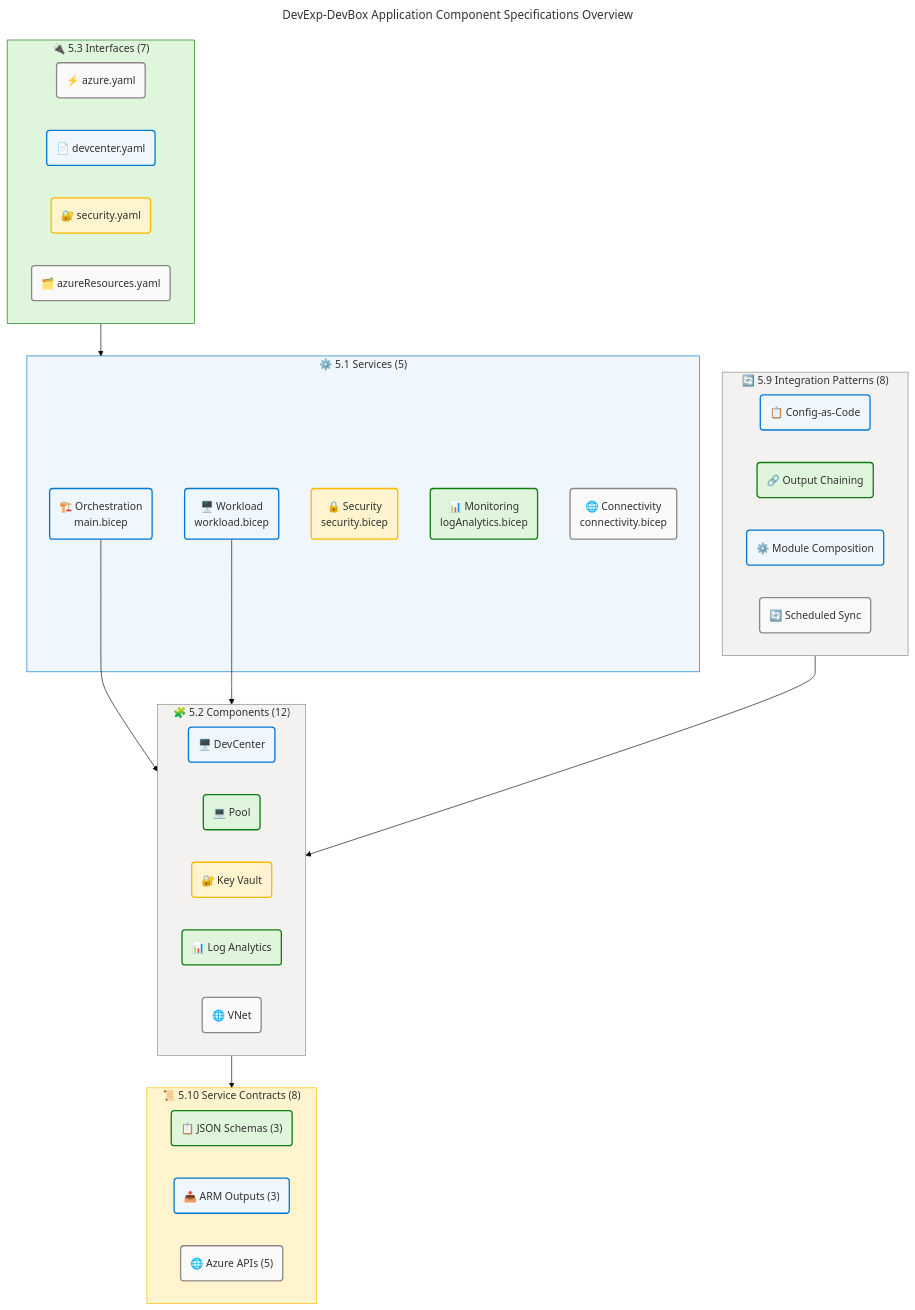
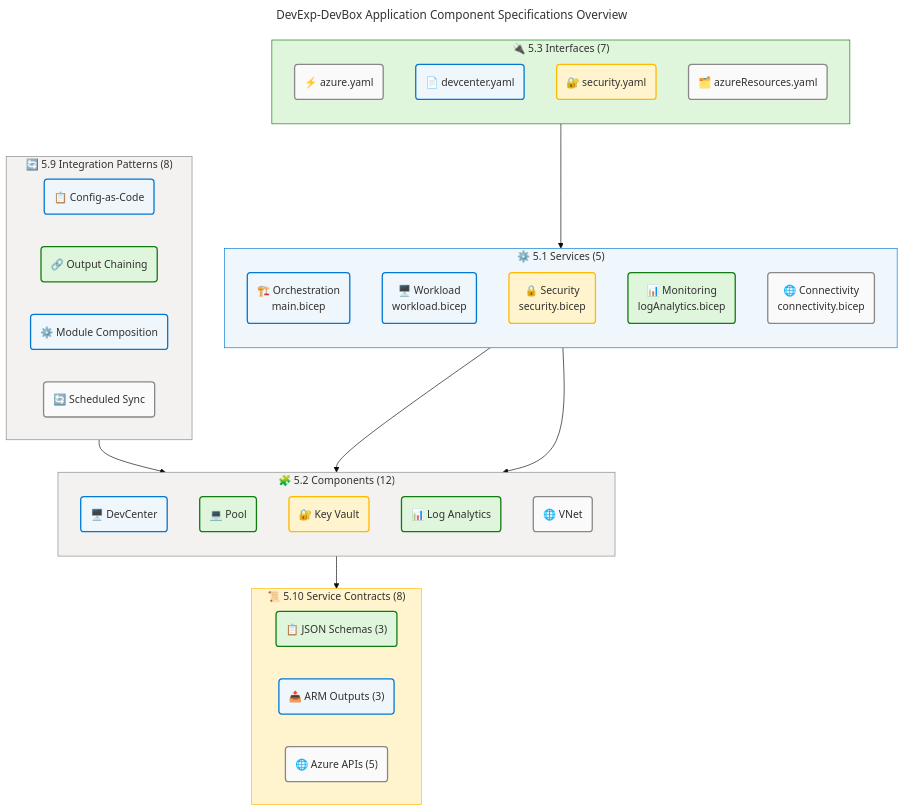
Before and after one commit to Evilazaro/DevExp-DevBox: the fourth of 5 diagrams in docs/architecture/app-arch.md, drawn with Mermaid.

Commit message:
Enhance flowchart layout in application architecture documentation for improved clarity

````diff
--- a/docs/architecture/app-arch.md
+++ b/docs/architecture/app-arch.md
@@ -1131,73 +1131,76 @@
 ```mermaid
 ---
 title: DevExp-DevBox Application Component Specifications Overview
 config:
   theme: base
   look: classic
   layout: dagre
   themeVariables:
     fontSize: '16px'
   flowchart:
     htmlLabels: true
 ---
 flowchart TB
     accTitle: DevExp-DevBox Application Component Specifications Overview
     accDescr: Summarizes all 11 application component type categories and their population in the DevExp-DevBox solution. AZURE/FLUENT v2.0 palette. WCAG AA compliant.
 
     %% ═══════════════════════════════════════════════════════════════════════════
     %% AZURE / FLUENT ARCHITECTURE PATTERN v2.0
     %% ═══════════════════════════════════════════════════════════════════════════
 
     subgraph services["⚙️ 5.1 Services (5)"]
+        direction TB
         s1("🏗️ Orchestration<br/>main.bicep"):::core
         s2("🖥️ Workload<br/>workload.bicep"):::core
         s3("🔒 Security<br/>security.bicep"):::warning
         s4("📊 Monitoring<br/>logAnalytics.bicep"):::success
         s5("🌐 Connectivity<br/>connectivity.bicep"):::neutral
     end
 
     subgraph comps["🧩 5.2 Components (12)"]
+        direction TB
         c1("🖥️ DevCenter"):::core
         c2("💻 Pool"):::success
         c3("🔐 Key Vault"):::warning
         c4("📊 Log Analytics"):::success
         c5("🌐 VNet"):::neutral
     end
 
     subgraph ifaces["🔌 5.3 Interfaces (7)"]
+        direction TB
         i1("⚡ azure.yaml"):::neutral
         i2("📄 devcenter.yaml"):::core
         i3("🔐 security.yaml"):::warning
         i4("🗂️ azureResources.yaml"):::neutral
     end
 
     subgraph patterns["🔄 5.9 Integration Patterns (8)"]
         p1("📋 Config-as-Code"):::core
         p2("🔗 Output Chaining"):::success
         p3("⚙️ Module Composition"):::core
         p4("🔄 Scheduled Sync"):::neutral
     end
 
     subgraph contracts["📜 5.10 Service Contracts (8)"]
         sc1("📋 JSON Schemas (3)"):::success
         sc2("📤 ARM Outputs (3)"):::core
         sc3("🌐 Azure APIs (5)"):::neutral
     end
 
     s1 --> comps
     s2 --> comps
     ifaces --> services
     patterns --> comps
     comps --> contracts
 
     classDef core fill:#EFF6FC,stroke:#0078D4,stroke-width:2px,color:#323130
     classDef success fill:#DFF6DD,stroke:#107C10,stroke-width:2px,color:#323130
     classDef warning fill:#FFF4CE,stroke:#FFB900,stroke-width:2px,color:#323130
     classDef neutral fill:#FAFAFA,stroke:#8A8886,stroke-width:2px,color:#323130
 
     style services fill:#EFF6FC,stroke:#0078D4,stroke-width:1px,color:#323130
     style comps fill:#F3F2F1,stroke:#8A8886,stroke-width:1px,color:#323130
     style ifaces fill:#DFF6DD,stroke:#107C10,stroke-width:1px,color:#323130
     style patterns fill:#F3F2F1,stroke:#8A8886,stroke-width:1px,color:#323130
     style contracts fill:#FFF4CE,stroke:#FFB900,stroke-width:1px,color:#323130
 ```
````
